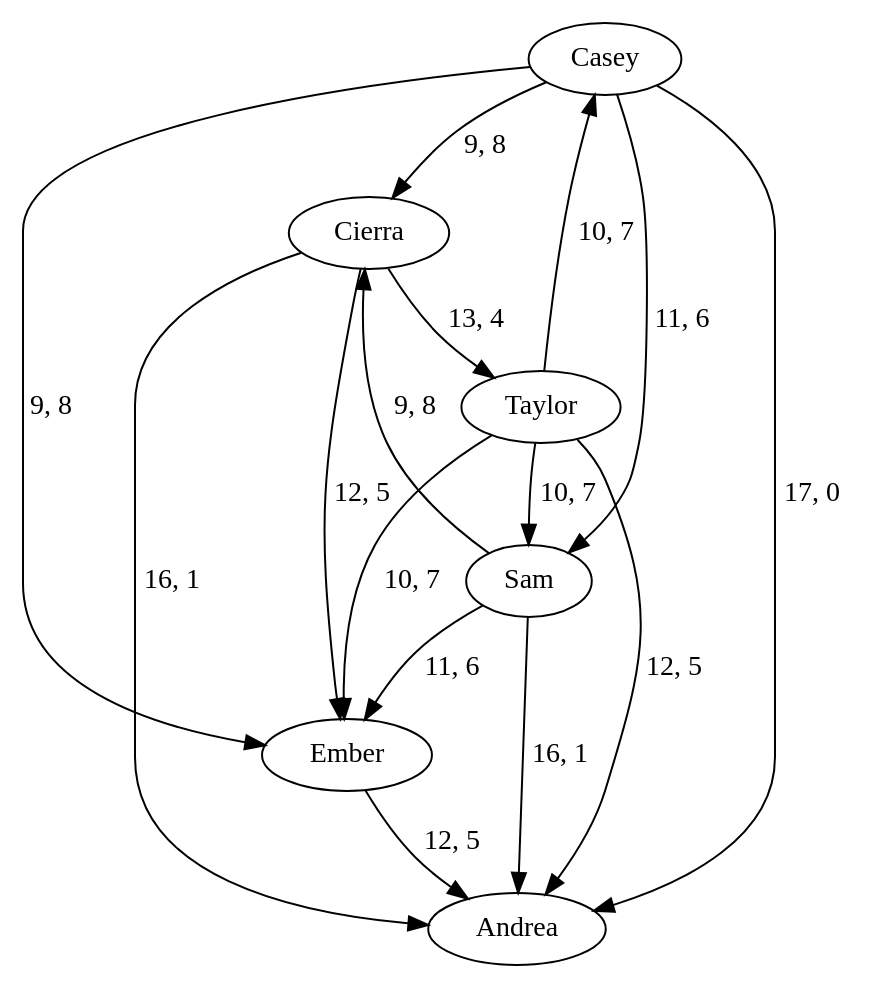
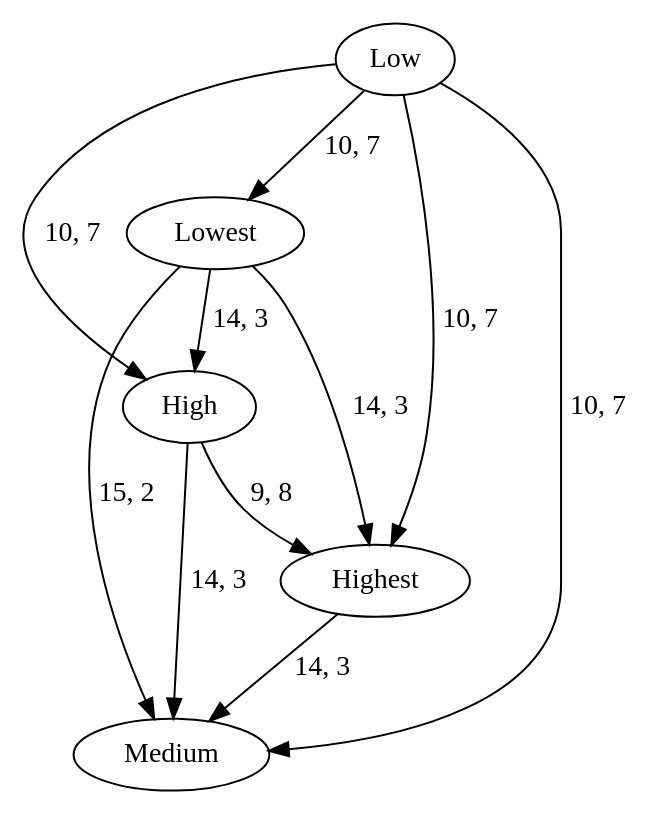
Before and after one commit to efair4/CS5110: the diagram in Program3/graphImages/rand.gv, drawn with Graphviz. The commit also changed 8 other files, not shown here.

```diff
--- a/Program3/graphImages/rand.gv
+++ b/Program3/graphImages/rand.gv
@@ -1,23 +1,17 @@
 digraph {
-	Casey
-	Cierra
-	Ember
-	Taylor
-	Sam
-	Andrea
-	Casey -> Cierra [label="9, 8" weight=9]
-	Casey -> Ember [label="9, 8" weight=9]
-	Taylor -> Casey [label="10, 7" weight=10]
-	Casey -> Sam [label="11, 6" weight=11]
-	Casey -> Andrea [label="17, 0" weight=17]
-	Cierra -> Ember [label="12, 5" weight=12]
-	Cierra -> Taylor [label="13, 4" weight=13]
-	Sam -> Cierra [label="9, 8" weight=9]
-	Cierra -> Andrea [label="16, 1" weight=16]
-	Taylor -> Ember [label="10, 7" weight=10]
-	Sam -> Ember [label="11, 6" weight=11]
-	Ember -> Andrea [label="12, 5" weight=12]
-	Taylor -> Sam [label="10, 7" weight=10]
-	Taylor -> Andrea [label="12, 5" weight=12]
-	Sam -> Andrea [label="16, 1" weight=16]
+	Highest
+	High
+	Medium
+	Low
+	Lowest
+	High -> Highest [label="9, 8" weight=9]
+	Highest -> Medium [label="14, 3" weight=14]
+	Low -> Highest [label="10, 7" weight=10]
+	Lowest -> Highest [label="14, 3" weight=14]
+	High -> Medium [label="14, 3" weight=14]
+	Low -> High [label="10, 7" weight=10]
+	Lowest -> High [label="14, 3" weight=14]
+	Low -> Medium [label="10, 7" weight=10]
+	Lowest -> Medium [label="15, 2" weight=15]
+	Low -> Lowest [label="10, 7" weight=10]
 }
```
